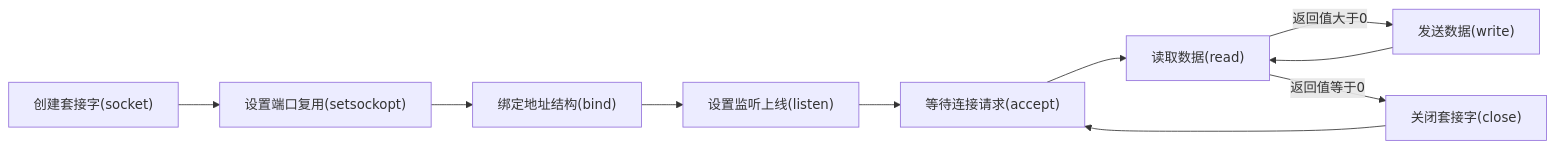
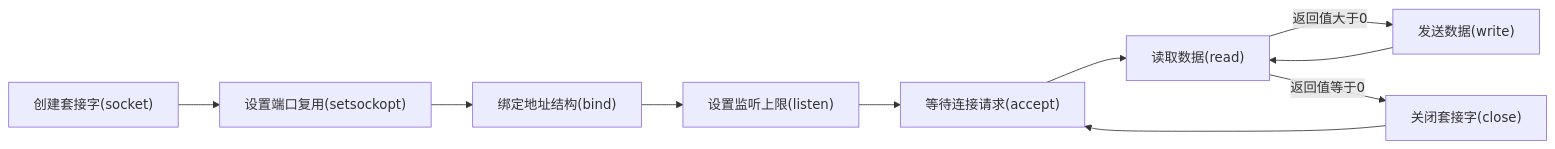
Before and after one commit to LuoDLin/NetConnectCPP: the first of 2 diagrams in 1.socket/README.md, drawn with Mermaid. The commit also changed 3 other files, not shown here.

````diff
--- a/1.socket/README.md
+++ b/1.socket/README.md
@@ -5,14 +5,14 @@
 ```mermaid
 graph LR
     socket[创建套接字&#40socket&#41]
     setsockopt[设置端口复用&#40setsockopt&#41]
     bind[绑定地址结构&#40bind&#41]
-    listen[设置监听上线&#40listen&#41]
+    listen[设置监听上限&#40listen&#41]
     accept[等待连接请求&#40accept&#41]
     read[读取数据&#40read&#41]
     write[发送数据&#40write&#41]
     close[关闭套接字&#40close&#41]
     socket --> setsockopt --> bind --> listen --> accept --> read 
     read -->|返回值大于0|write --> read
     read -->|返回值等于0|close --> accept
 ```
````
